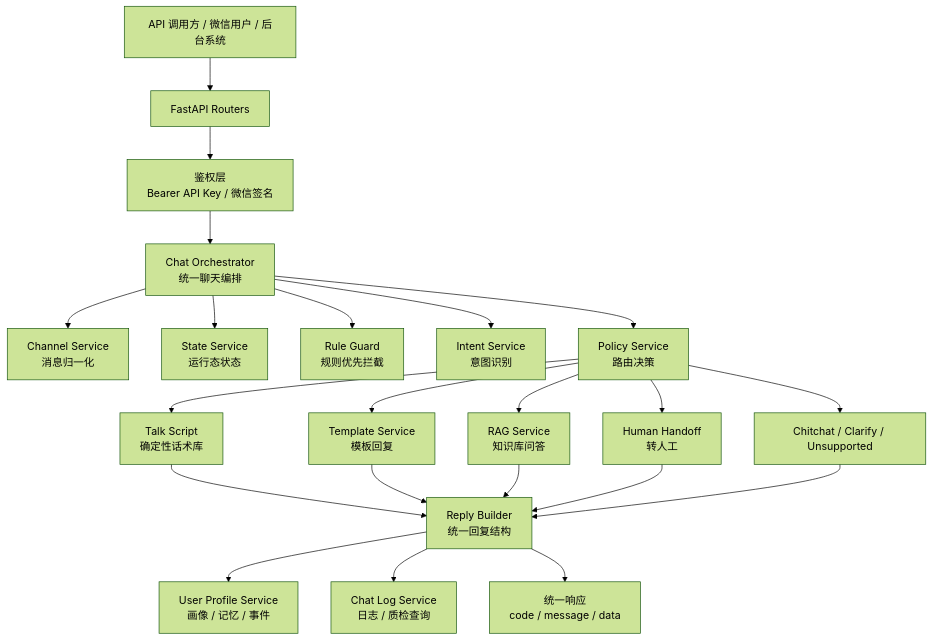
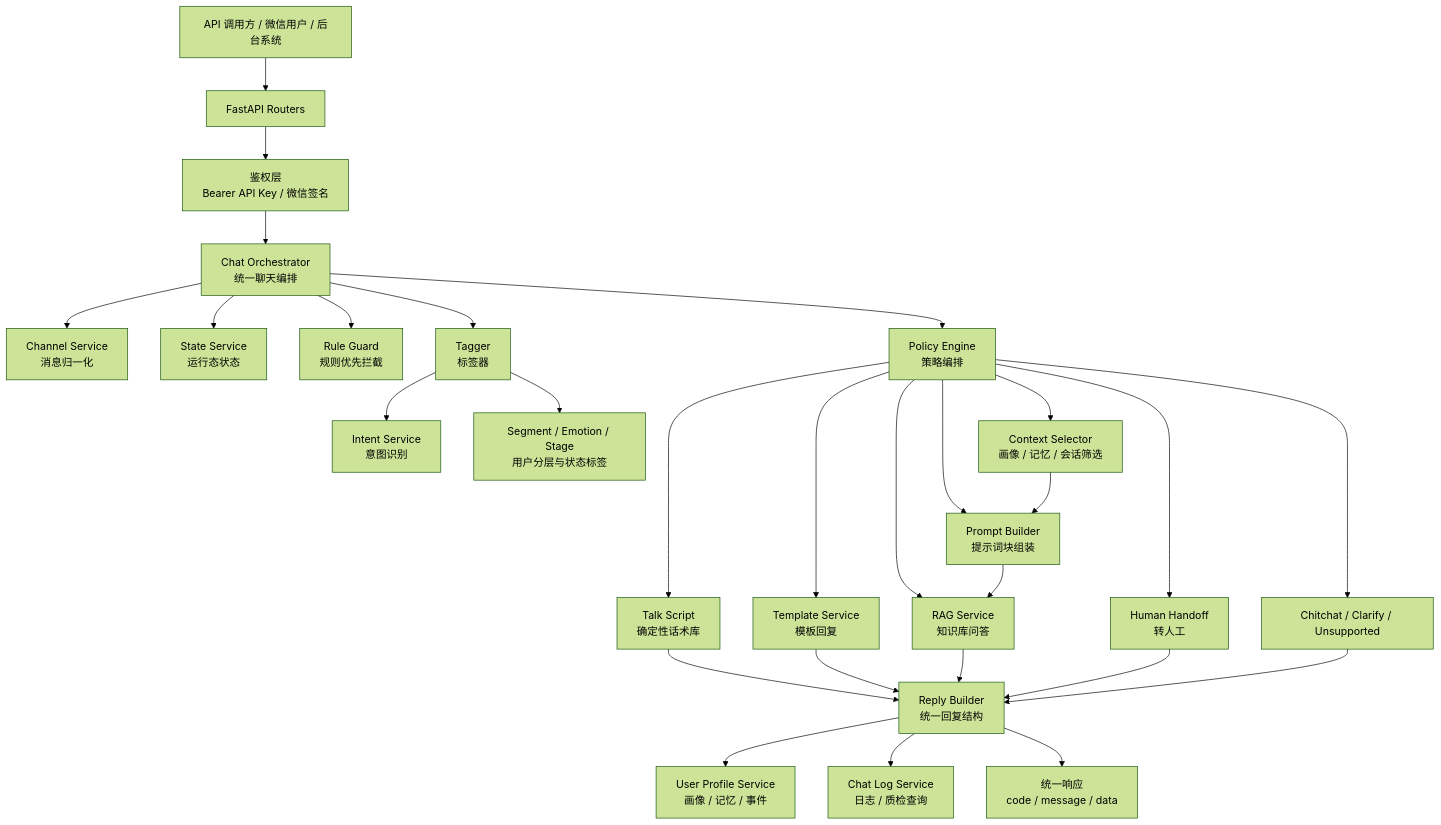
Before and after one commit to yuewithme/intelligent-customer-service: the first of 8 diagrams in wechat_rag_bot/docs/project_framework.md, drawn with Mermaid (forest theme). The commit also changed other lines of this file and 19 other files, not shown here.

````diff
--- a/wechat_rag_bot/docs/project_framework.md
+++ b/wechat_rag_bot/docs/project_framework.md
@@ -20,28 +22,34 @@
 ```mermaid
 flowchart TD
   Client["API 调用方 / 微信用户 / 后台系统"] --> Router["FastAPI Routers"]
   Router --> Auth["鉴权层<br/>Bearer API Key / 微信签名"]
   Auth --> Orchestrator["Chat Orchestrator<br/>统一聊天编排"]
 
   Orchestrator --> Channel["Channel Service<br/>消息归一化"]
   Orchestrator --> State["State Service<br/>运行态状态"]
   Orchestrator --> RuleGuard["Rule Guard<br/>规则优先拦截"]
-  Orchestrator --> Intent["Intent Service<br/>意图识别"]
-  Orchestrator --> Policy["Policy Service<br/>路由决策"]
+  Orchestrator --> Tagger["Tagger<br/>标签器"]
+  Tagger --> Intent["Intent Service<br/>意图识别"]
+  Tagger --> ProfileTag["Segment / Emotion / Stage<br/>用户分层与状态标签"]
+  Orchestrator --> Policy["Policy Engine<br/>策略编排"]
 
   Policy --> TalkScript["Talk Script<br/>确定性话术库"]
   Policy --> Template["Template Service<br/>模板回复"]
+  Policy --> Context["Context Selector<br/>画像 / 记忆 / 会话筛选"]
+  Policy --> Prompt["Prompt Builder<br/>提示词块组装"]
   Policy --> RAG["RAG Service<br/>知识库问答"]
   Policy --> Human["Human Handoff<br/>转人工"]
   Policy --> Chitchat["Chitchat / Clarify / Unsupported"]
 
   TalkScript --> Reply["Reply Builder<br/>统一回复结构"]
   Template --> Reply
+  Context --> Prompt
+  Prompt --> RAG
   RAG --> Reply
   Human --> Reply
   Chitchat --> Reply
 
   Reply --> Profile["User Profile Service<br/>画像 / 记忆 / 事件"]
   Reply --> Log["Chat Log Service<br/>日志 / 质检查询"]
   Reply --> Response["统一响应<br/>code / message / data"]
 ```
````
